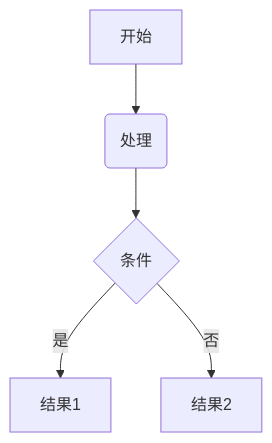
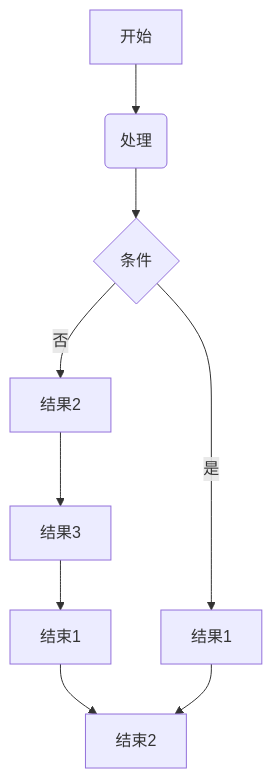
One commit to skyeryg/vscode-markdown-diagram changed the diagram in test/test.md. Above: the diagram before and after it, drawn with Mermaid. The commit also changed 7 other files, not shown here.

Commit message:
wip: 添加图表最大高度设置

````diff
--- a/test/test.md
+++ b/test/test.md
@@ -3,7 +3,11 @@
 ```mermaid
 graph TD
     A[开始] --> B(处理)
     B --> C{条件}
     C -->|是| D[结果1]
     C -->|否| E[结果2]
+    E --> F[结果3]
+    F --> G[结束1]
+    G --> H[结束2]
+    D --> H[结束2]
 ```
````
